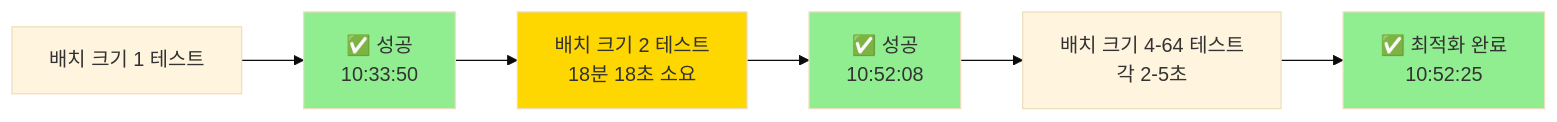
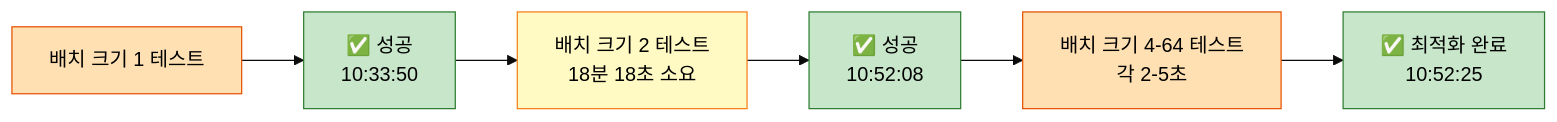
The third of 5 diagrams in docs/experiments/20251012_101219_test_full_pipeline_quick_실험분석.md (AIBootcamp14/naturallanguageprocessingcompetition-nlp-1), drawn with Mermaid (base theme) before and after one commit. The commit also changed other lines of this file, not shown here.

First line of the commit message:
docs: 실험분석 문서 Mermaid 다이어그램 색상 개선

````diff
--- a/docs/experiments/20251012_101219_test_full_pipeline_quick_실험분석.md
+++ b/docs/experiments/20251012_101219_test_full_pipeline_quick_실험분석.md
@@ -308,13 +335,15 @@
 ```mermaid
 graph LR
     A[배치 크기 1 테스트] --> B[✅ 성공<br/>10:33:50]
     B --> C[배치 크기 2 테스트<br/>18분 18초 소요]
     C --> D[✅ 성공<br/>10:52:08]
     D --> E[배치 크기 4-64 테스트<br/>각 2-5초]
     E --> F[✅ 최적화 완료<br/>10:52:25]
 
-    style B fill:#90EE90
-    style C fill:#FFD700
-    style D fill:#90EE90
-    style F fill:#90EE90
+    style A fill:#ffe0b2,stroke:#e65100,color:#000
+    style B fill:#c8e6c9,stroke:#2e7d32,color:#000
+    style C fill:#fff9c4,stroke:#f57f17,color:#000
+    style D fill:#c8e6c9,stroke:#2e7d32,color:#000
+    style E fill:#ffe0b2,stroke:#e65100,color:#000
+    style F fill:#c8e6c9,stroke:#2e7d32,color:#000
 ```
````
